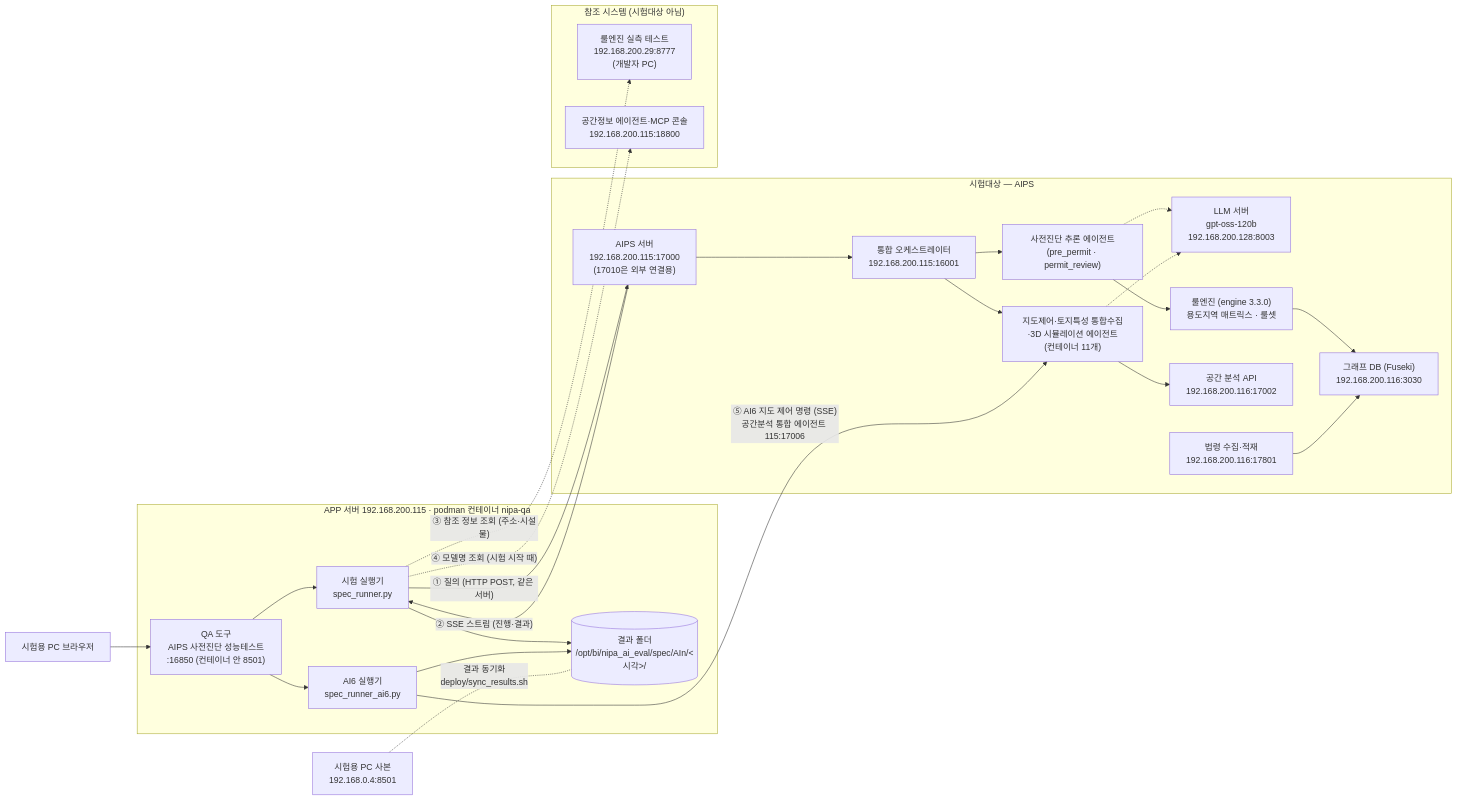
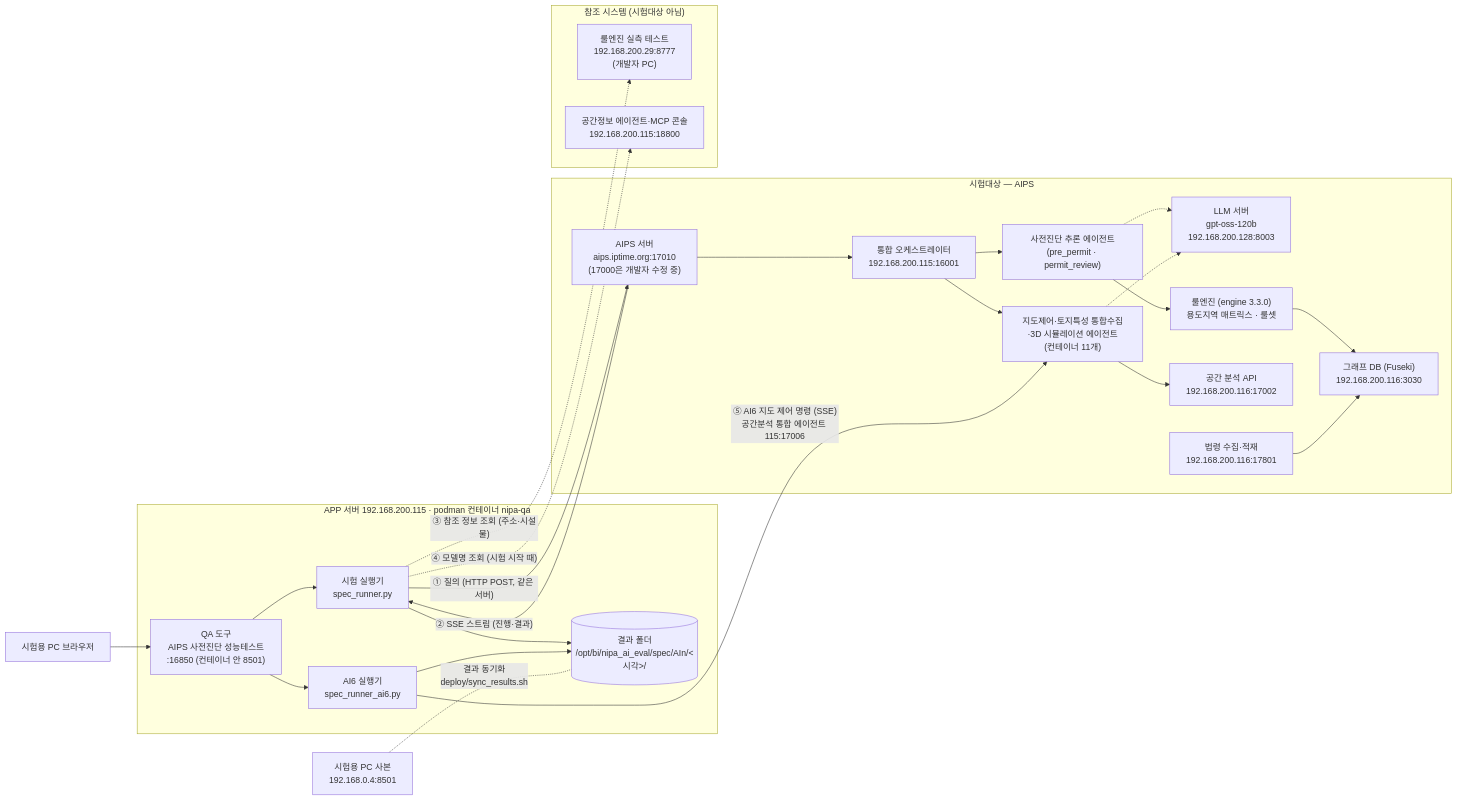
The first of 2 diagrams in 시스템_아키텍처.md (eunkyeoung/nipa_ai_eval), drawn with Mermaid before and after one commit. The commit also changed other lines of this file and 12 other files, not shown here.

Commit message:
[AI1~AI5] aips.iptime.org:17010으로 다시 동결(17:43~17:55)·문서 기록(133절)

````diff
--- a/시스템_아키텍처.md
+++ b/시스템_아키텍처.md
@@ -18,44 +18,44 @@
 ```mermaid
 flowchart LR
     BR["시험용 PC 브라우저"] --> APP
     subgraph QA["APP 서버 192.168.200.115 · podman 컨테이너 nipa-qa"]
         APP["QA 도구<br/>AIPS 사전진단 성능테스트<br/>:16850 (컨테이너 안 8501)"]
         APP --> RUN["시험 실행기<br/>spec_runner.py"]
         APP --> RUN6["AI6 실행기<br/>spec_runner_ai6.py"]
         RUN --> FS[("결과 폴더<br/>/opt/bi/nipa_ai_eval/spec/AIn/&lt;시각&gt;/")]
         RUN6 --> FS
     end
     PCQA["시험용 PC 사본<br/>192.168.0.4:8501"] -. "결과 동기화<br/>deploy/sync_results.sh" .- FS
 
     subgraph SUT["시험대상 — AIPS"]
-        WEB["AIPS 서버<br/>192.168.200.115:17000<br/>(17010은 외부 연결용)"]
+        WEB["AIPS 서버<br/>aips.iptime.org:17010<br/>(17000은 개발자 수정 중)"]
         ORC["통합 오케스트레이터<br/>192.168.200.115:16001"]
         PP["사전진단 추론 에이전트<br/>(pre_permit · permit_review)"]
         SPA["지도제어·토지특성 통합수집·3D 시뮬레이션 에이전트<br/>(컨테이너 11개)"]
         LLM["LLM 서버<br/>gpt-oss-120b<br/>192.168.200.128:8003"]
         ENG["룰엔진 (engine 3.3.0)<br/>용도지역 매트릭스 · 룰셋"]
         GEO["공간 분석 API<br/>192.168.200.116:17002"]
         LAW["법령 수집·적재<br/>192.168.200.116:17801"]
         FUS["그래프 DB (Fuseki)<br/>192.168.200.116:3030"]
         WEB --> ORC
         ORC --> PP
         ORC --> SPA
         PP --> ENG
         SPA --> GEO
         PP -.-> LLM
         SPA -.-> LLM
         ENG --> FUS
         LAW --> FUS
     end
 
     subgraph REF["참조 시스템 (시험대상 아님)"]
         R8777["룰엔진 실측 테스트<br/>192.168.200.29:8777<br/>(개발자 PC)"]
         CON["공간정보 에이전트·MCP 콘솔<br/>192.168.200.115:18800"]
     end
 
     RUN -- "① 질의 (HTTP POST, 같은 서버)" --> WEB
     WEB -- "② SSE 스트림 (진행·결과)" --> RUN
     RUN -. "③ 참조 정보 조회 (주소·시설물)" .-> R8777
     RUN -. "④ 모델명 조회 (시험 시작 때)" .-> CON
     RUN6 -- "⑤ AI6 지도 제어 명령 (SSE)<br/>공간분석 통합 에이전트 115:17006" --> SPA
 ```
````
